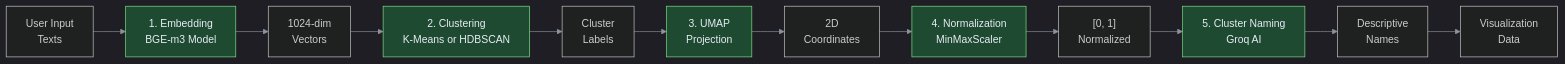
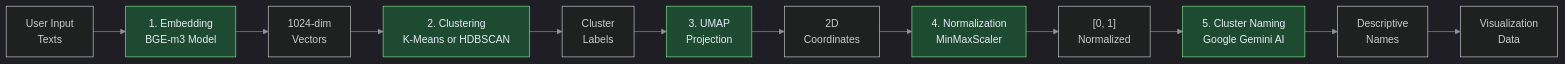
The second of 8 diagrams in README.md (Nicky9319/natural_language_clustering), drawn with Mermaid before and after one commit. The commit also changed other lines of this file and 12 other files, not shown here.

````diff
--- a/README.md
+++ b/README.md
@@ -79,21 +70,21 @@
 ```mermaid
 %%{init: {'theme': 'dark', 'themeVariables': { 'primaryColor': '#58a6ff', 'secondaryColor': '#7ee787', 'lineColor': '#8b949e', 'tertiaryColor': '#d29922' }} }%%
 flowchart LR
     A["User Input<br/>Texts"] --> B["1. Embedding<br/>BGE-m3 Model"]
     B --> C["1024-dim<br/>Vectors"]
     C --> D["2. Clustering<br/>K-Means or HDBSCAN"]
     D --> E["Cluster<br/>Labels"]
     E --> F["3. UMAP<br/>Projection"]
     F --> G["2D<br/>Coordinates"]
     G --> H["4. Normalization<br/>MinMaxScaler"]
     H --> I["[0, 1]<br/>Normalized"]
-    I --> J["5. Cluster Naming<br/>Groq AI"]
+    I --> J["5. Cluster Naming<br/>Google Gemini AI"]
     J --> K["Descriptive<br/>Names"]
     K --> L["Visualization<br/>Data"]
 
     style B fill:#1f4a32,stroke:#7ee787,color:#e6edf3
     style D fill:#1f4a32,stroke:#7ee787,color:#e6edf3
     style F fill:#1f4a32,stroke:#7ee787,color:#e6edf3
     style H fill:#1f4a32,stroke:#7ee787,color:#e6edf3
     style J fill:#1f4a32,stroke:#7ee787,color:#e6edf3
 ```
````
